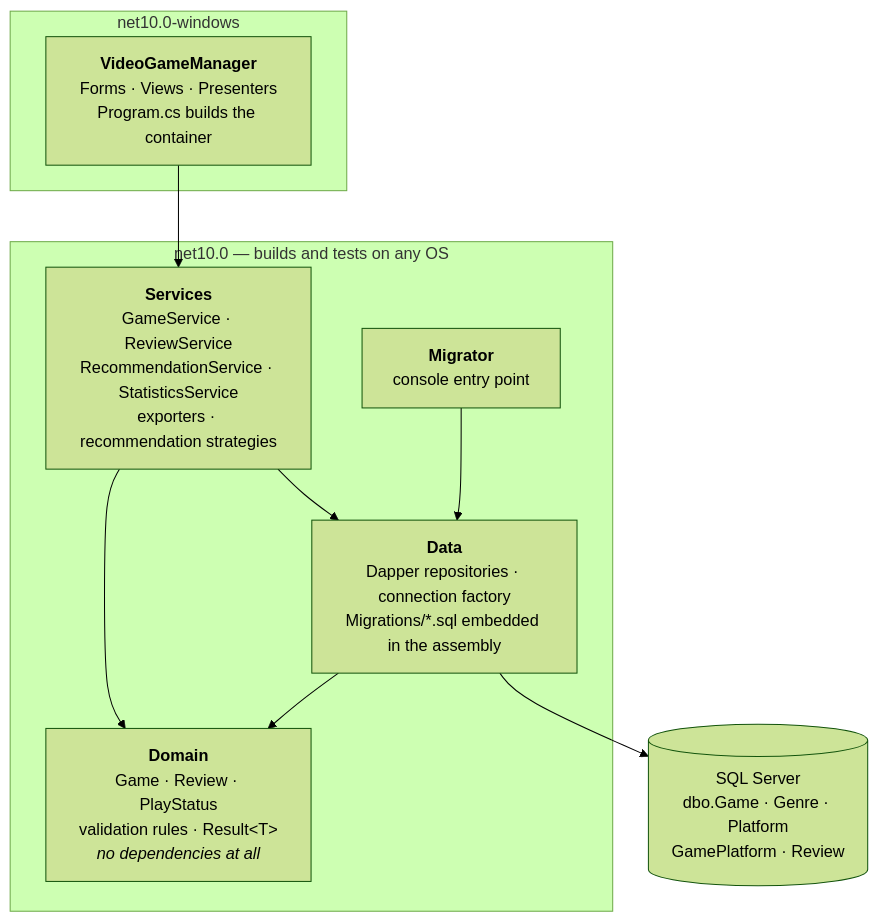
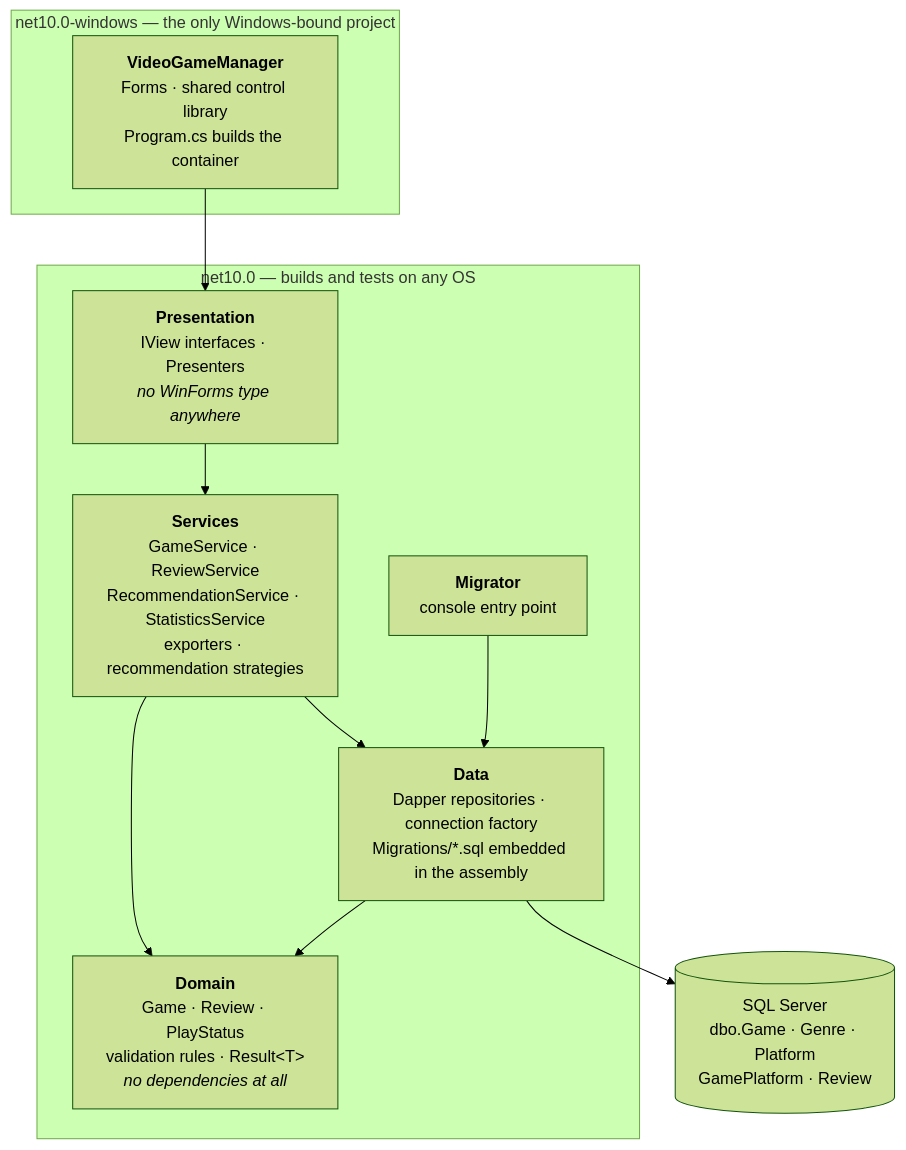
The first of 2 diagrams in README.md (ayberkaarda/VideoOyunYonetim), drawn with Mermaid (forest theme) before and after one commit. The commit also changed other lines of this file and 56 other files, not shown here.

````diff
--- a/README.md
+++ b/README.md
@@ -212,22 +214,24 @@
 ```mermaid
 flowchart TD
-    subgraph windows["net10.0-windows"]
-        UI["<b>VideoGameManager</b><br/>Forms · Views · Presenters<br/>Program.cs builds the container"]
+    subgraph windows["net10.0-windows — the only Windows-bound project"]
+        UI["<b>VideoGameManager</b><br/>Forms · shared control library<br/>Program.cs builds the container"]
     end
 
     subgraph portable["net10.0 — builds and tests on any OS"]
+        PRES["<b>Presentation</b><br/>IView interfaces · Presenters<br/><i>no WinForms type anywhere</i>"]
         SVC["<b>Services</b><br/>GameService · ReviewService<br/>RecommendationService · StatisticsService<br/>exporters · recommendation strategies"]
         DATA["<b>Data</b><br/>Dapper repositories · connection factory<br/>Migrations/*.sql embedded in the assembly"]
         DOM["<b>Domain</b><br/>Game · Review · PlayStatus<br/>validation rules · Result&lt;T&gt;<br/><i>no dependencies at all</i>"]
         MIG["<b>Migrator</b><br/>console entry point"]
     end
 
     DB[("SQL Server<br/>dbo.Game · Genre · Platform<br/>GamePlatform · Review")]
 
-    UI --> SVC
+    UI --> PRES
+    PRES --> SVC
     SVC --> DATA
     SVC --> DOM
     DATA --> DOM
     DATA --> DB
     MIG --> DATA
 ```
````
